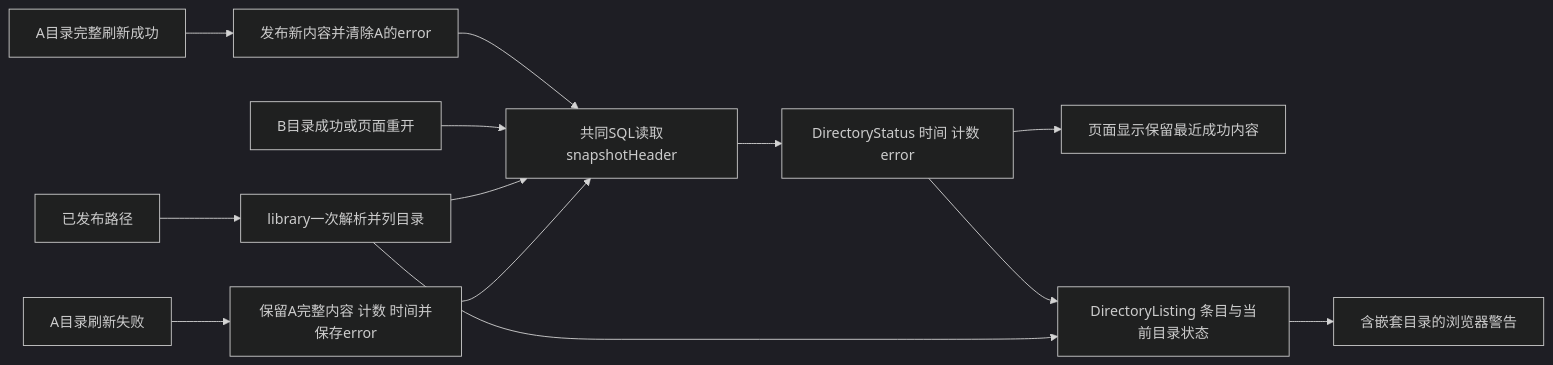
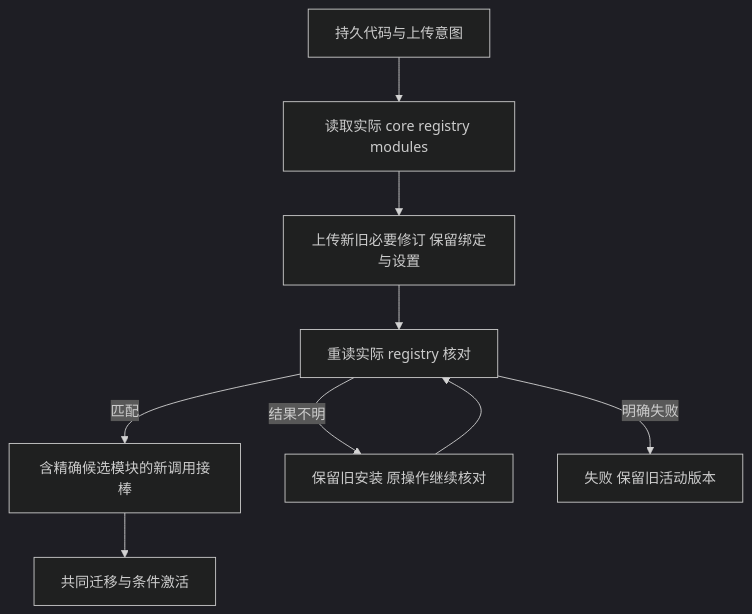
Before and after one commit to shengyusi-SYS/musicfs: diagram 11 of 13 in docs/architecture/diagrams.md, drawn with Mermaid (dark theme). The commit also changed other lines of this file and 23 other files, not shown here.

Commit message:
docs: consolidate MusicFS architecture and reusable lessons

````diff
--- a/docs/architecture/diagrams.md
+++ b/docs/architecture/diagrams.md
@@ -521,15 +274,11 @@
 ```mermaid
-flowchart LR
-  Fail[A目录刷新失败] --> Saved[保留A完整内容 计数 时间并保存error]
-  Saved --> Header[共同SQL读取snapshotHeader]
-  Header --> DTO[DirectoryStatus 时间 计数 error]
-  DTO --> UI[页面显示保留最近成功内容]
-  Path[已发布路径] --> Browse[library一次解析并列目录]
-  Browse --> Header
-  Browse --> Listing[DirectoryListing 条目与当前目录状态]
-  DTO --> Listing
-  Listing --> Browser[含嵌套目录的浏览器警告]
-  Other[B目录成功或页面重开] --> Header
-  Success[A目录完整刷新成功] --> Clear[发布新内容并清除A的error]
-  Clear --> Header
+flowchart TD
+  Pending[持久代码与上传意图] --> Live[读取实际 core registry modules]
+  Live --> Upload[上传新旧必要修订 保留绑定与设置]
+  Upload --> Verify[重读实际 registry 核对]
+  Verify -->|匹配| Next[含精确候选模块的新调用接棒]
+  Next --> Activate[共同迁移与条件激活]
+  Verify -->|结果不明| Hold[保留旧安装 原操作继续核对]
+  Hold --> Verify
+  Verify -->|明确失败| Fail[失败 保留旧活动版本]
 ```
````
